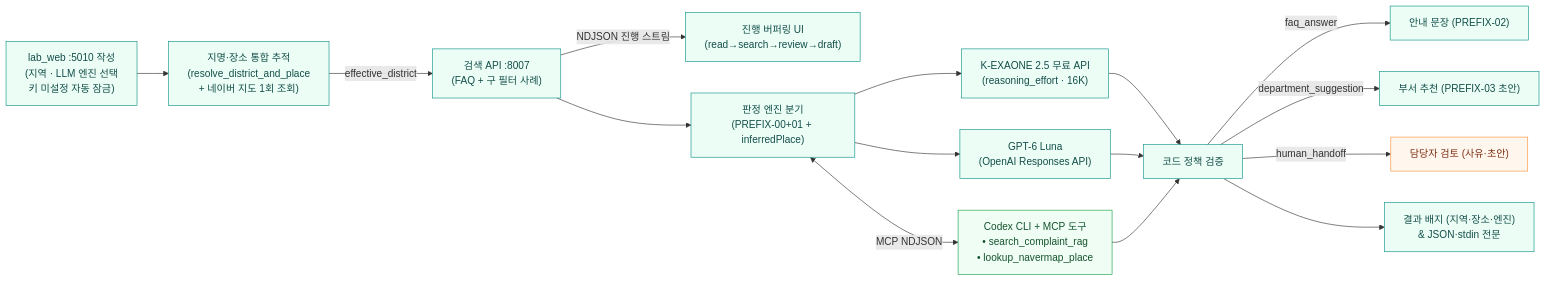
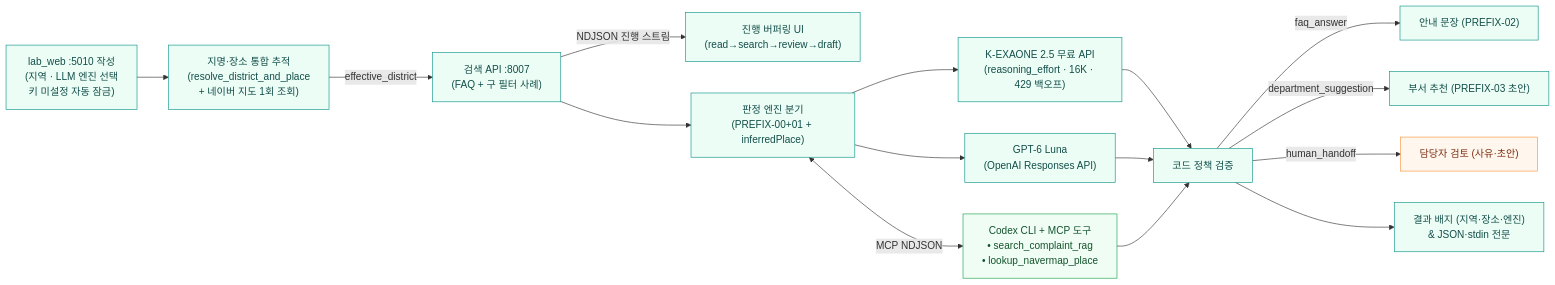
The first of 4 diagrams in README.md (hy040504/ai-complaint-process), drawn with Mermaid before and after one commit. The commit also changed other lines of this file and 16 other files, not shown here.

````diff
--- a/README.md
+++ b/README.md
@@ -104,23 +120,23 @@
 ```mermaid
 flowchart LR
     W["lab_web :5010 작성<br/>(지역 · LLM 엔진 선택<br/>키 미설정 자동 잠금)"] --> D["지명·장소 통합 추적<br/>(resolve_district_and_place<br/>+ 네이버 지도 1회 조회)"]
     D -->|"effective_district"| S["검색 API :8007<br/>(FAQ + 구 필터 사례)"]
     S -->|"NDJSON 진행 스트림"| P["진행 버퍼링 UI<br/>(read→search→review→draft)"]
     S --> C["판정 엔진 분기<br/>(PREFIX-00+01 + inferredPlace)"]
-    C --> E1["K-EXAONE 2.5 무료 API<br/>(reasoning_effort · 16K)"]
+    C --> E1["K-EXAONE 2.5 무료 API<br/>(reasoning_effort · 16K · 429 백오프)"]
     C --> E2["GPT-6 Luna<br/>(OpenAI Responses API)"]
     C <-->|"MCP NDJSON"| M["Codex CLI + MCP 도구<br/>• search_complaint_rag<br/>• lookup_navermap_place"]
     E1 --> V["코드 정책 검증"]
     E2 --> V
     M --> V
     V -->|faq_answer| F["안내 문장 (PREFIX-02)"]
     V -->|department_suggestion| B["부서 추천 (PREFIX-03 초안)"]
     V -->|human_handoff| H["담당자 검토 (사유·초안)"]
     V --> O["결과 배지 (지역·장소·엔진)<br/>& JSON·stdin 전문"]
     classDef ready fill:#ecfdf5,stroke:#0d9488,color:#134e4a
     classDef human fill:#fff7ed,stroke:#fb923c,color:#7c2d12
     classDef tool fill:#f0fdf4,stroke:#16a34a,color:#14532d
     class W,D,S,P,C,E1,E2,V,F,B,O ready
     class H human
     class M tool
 ```
````
